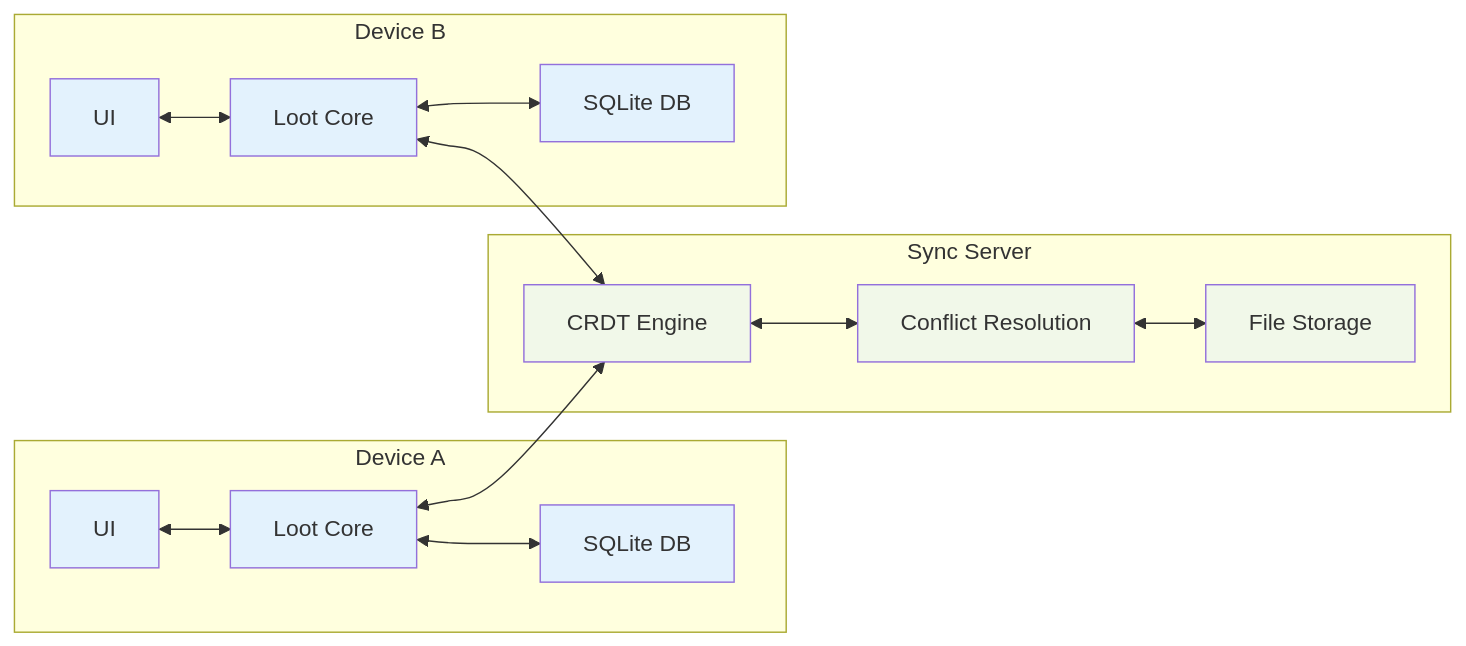
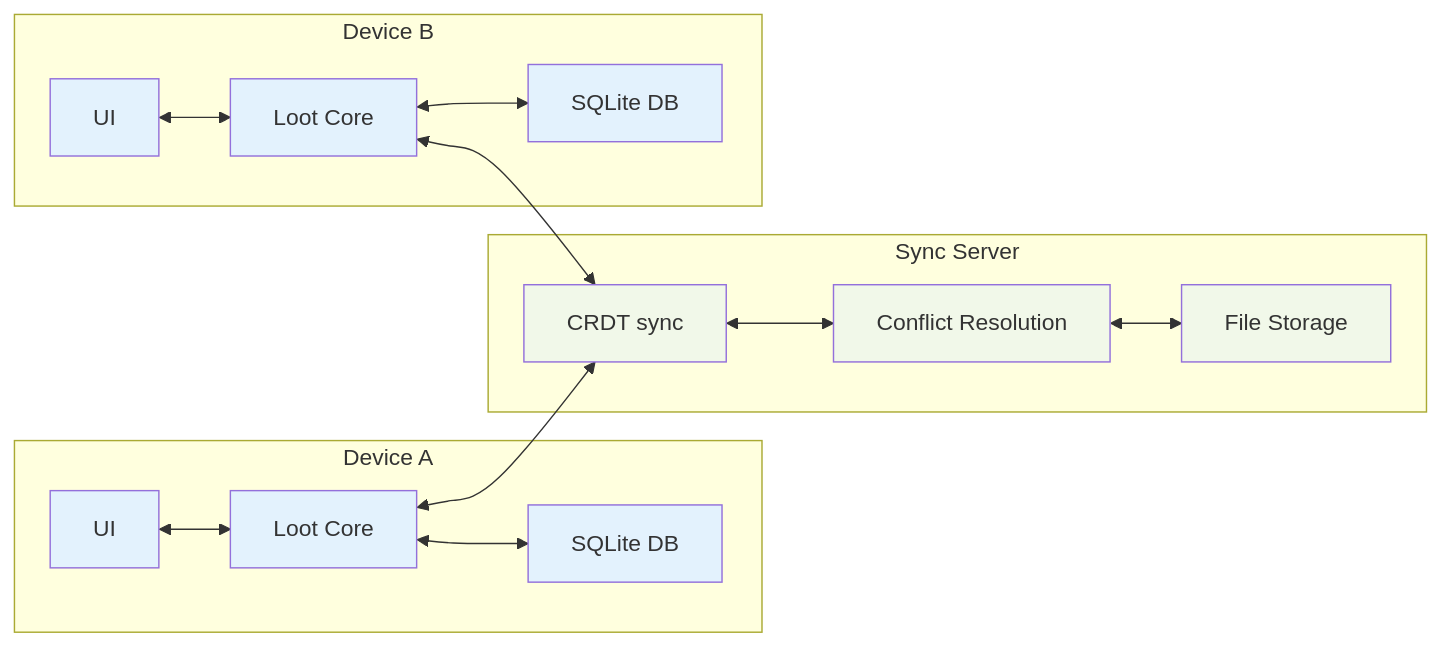
Before and after one commit to actualbudget/docs: the ninth of 9 diagrams in docs/contributing/project-details/architecture-diagram.md, drawn with Mermaid. The commit also changed other lines of this file and 1 other file, not shown here.

````diff
--- a/docs/contributing/project-details/architecture-diagram.md
+++ b/docs/contributing/project-details/architecture-diagram.md
@@ -399,35 +494,35 @@
 ```mermaid
 graph LR
     subgraph "Device A"
         DA_UI[UI]
         DA_LC[Loot Core]
         DA_DB[SQLite DB]
         DA_UI <--> DA_LC
         DA_LC <--> DA_DB
     end
 
     subgraph "Sync Server"
-        SS_CRDT[CRDT Engine]
+        SS_CRDT[CRDT sync]
         SS_MERGE[Conflict Resolution]
         SS_STORE[File Storage]
         SS_CRDT <--> SS_MERGE
         SS_MERGE <--> SS_STORE
     end
 
     subgraph "Device B"
         DB_UI[UI]
         DB_LC[Loot Core]
         DB_DB[SQLite DB]
         DB_UI <--> DB_LC
         DB_LC <--> DB_DB
     end
 
     DA_LC <--> SS_CRDT
     DB_LC <--> SS_CRDT
 
     classDef device fill:#e3f2fd
     classDef server fill:#f1f8e9
 
     class DA_UI,DA_LC,DA_DB,DB_UI,DB_LC,DB_DB device
     class SS_CRDT,SS_MERGE,SS_STORE server
 ```
````
